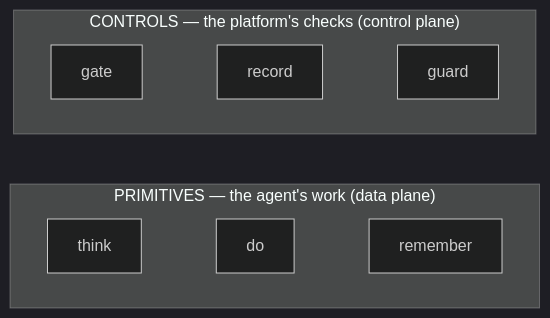
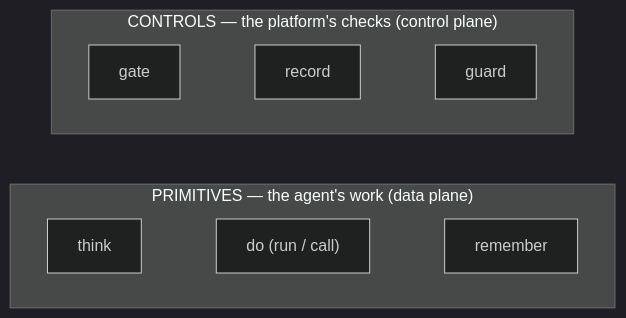
One commit to tilsley/creance changed the fifth of 16 diagrams in docs/walkthrough-slides.md. Above: the diagram before and after it, drawn with Mermaid (dark theme). The commit also changed other lines of this file, not shown here.

````diff
--- a/docs/walkthrough-slides.md
+++ b/docs/walkthrough-slides.md
@@ -56,11 +62,11 @@
 ```mermaid
 flowchart LR
   subgraph PRIM["PRIMITIVES — the agent's work (data plane)"]
     direction LR
-    T["think"] ~~~ D["do"] ~~~ R["remember"]
+    T["think"] ~~~ D["do (run / call)"] ~~~ R["remember"]
   end
   subgraph CTRL["CONTROLS — the platform's checks (control plane)"]
     direction LR
     G["gate"] ~~~ Rec["record"] ~~~ Gu["guard"]
   end
 ```
````
